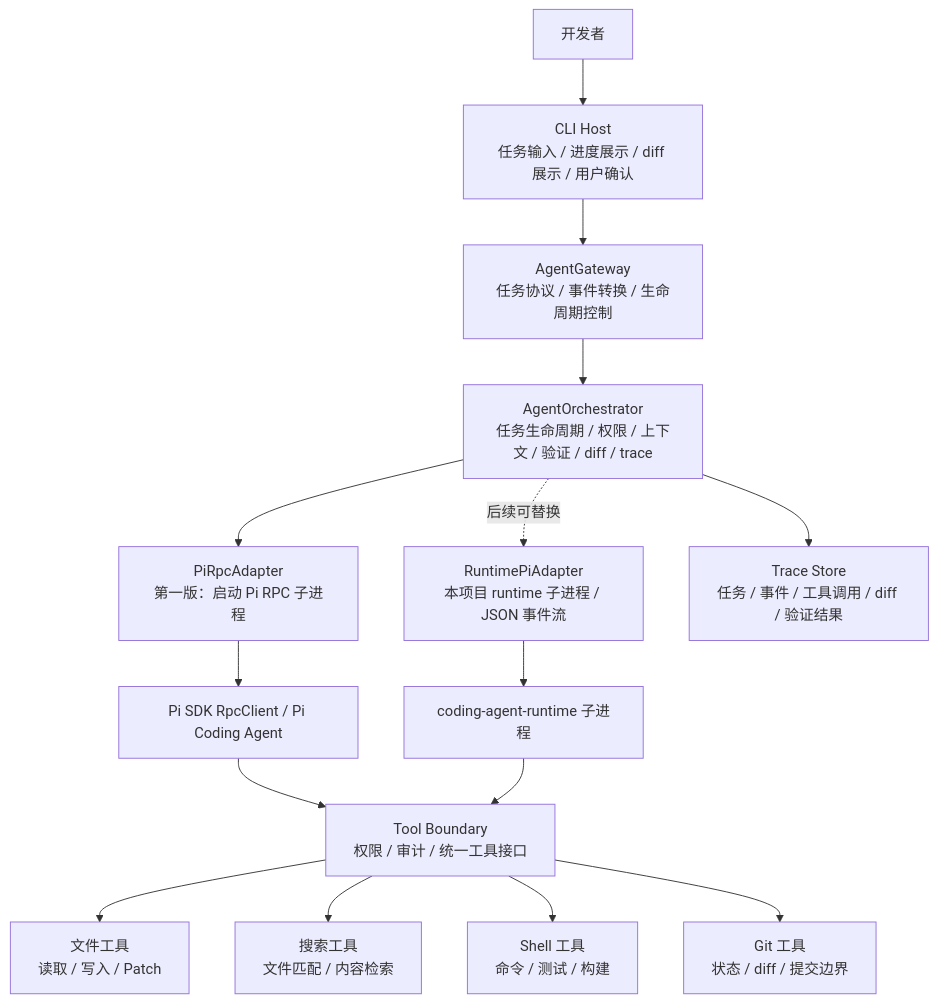
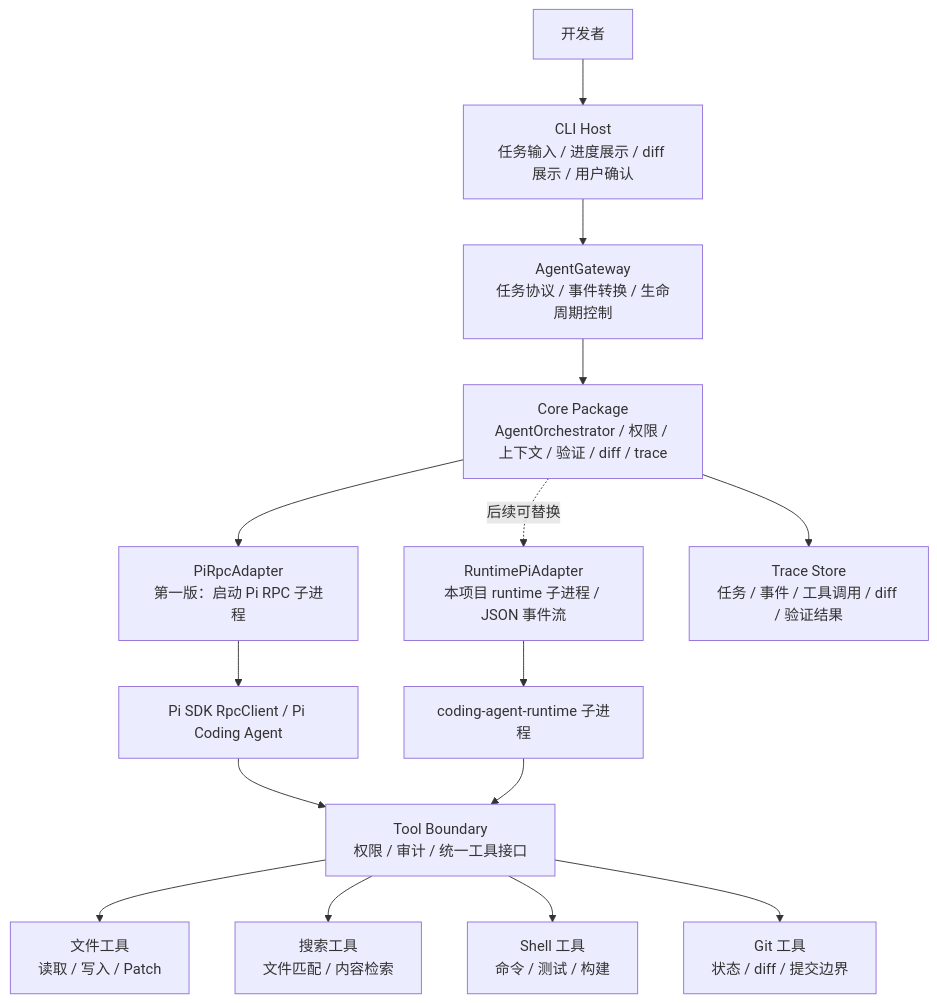
Before and after one commit to CrazyMrYan/potato-agent: the first of 2 diagrams in wiki/technical-design.md, drawn with Mermaid. The commit also changed other lines of this file and 48 other files, not shown here.

````diff
--- a/wiki/technical-design.md
+++ b/wiki/technical-design.md
@@ -59,21 +60,21 @@
 ```mermaid
 flowchart TB
     User["开发者"] --> CLI["CLI Host<br/>任务输入 / 进度展示 / diff 展示 / 用户确认"]
     CLI --> Gateway["AgentGateway<br/>任务协议 / 事件转换 / 生命周期控制"]
-    Gateway --> Orchestrator["AgentOrchestrator<br/>任务生命周期 / 权限 / 上下文 / 验证 / diff / trace"]
-    Orchestrator --> RPC["PiRpcAdapter<br/>第一版：启动 Pi RPC 子进程"]
-    Orchestrator -. "后续可替换" .-> Runtime["RuntimePiAdapter<br/>本项目 runtime 子进程 / JSON 事件流"]
+    Gateway --> Core["Core Package<br/>AgentOrchestrator / 权限 / 上下文 / 验证 / diff / trace"]
+    Core --> RPC["PiRpcAdapter<br/>第一版：启动 Pi RPC 子进程"]
+    Core -. "后续可替换" .-> Runtime["RuntimePiAdapter<br/>本项目 runtime 子进程 / JSON 事件流"]
 
     RPC --> PiSDK["Pi SDK RpcClient / Pi Coding Agent"]
     Runtime --> PiProc["coding-agent-runtime 子进程"]
 
     PiSDK --> ToolBoundary["Tool Boundary<br/>权限 / 审计 / 统一工具接口"]
     PiProc --> ToolBoundary
 
     ToolBoundary --> FileTools["文件工具<br/>读取 / 写入 / Patch"]
     ToolBoundary --> SearchTools["搜索工具<br/>文件匹配 / 内容检索"]
     ToolBoundary --> ShellTools["Shell 工具<br/>命令 / 测试 / 构建"]
     ToolBoundary --> GitTools["Git 工具<br/>状态 / diff / 提交边界"]
 
-    Orchestrator --> TraceStore["Trace Store<br/>任务 / 事件 / 工具调用 / diff / 验证结果"]
+    Core --> TraceStore["Trace Store<br/>任务 / 事件 / 工具调用 / diff / 验证结果"]
 ```
````
